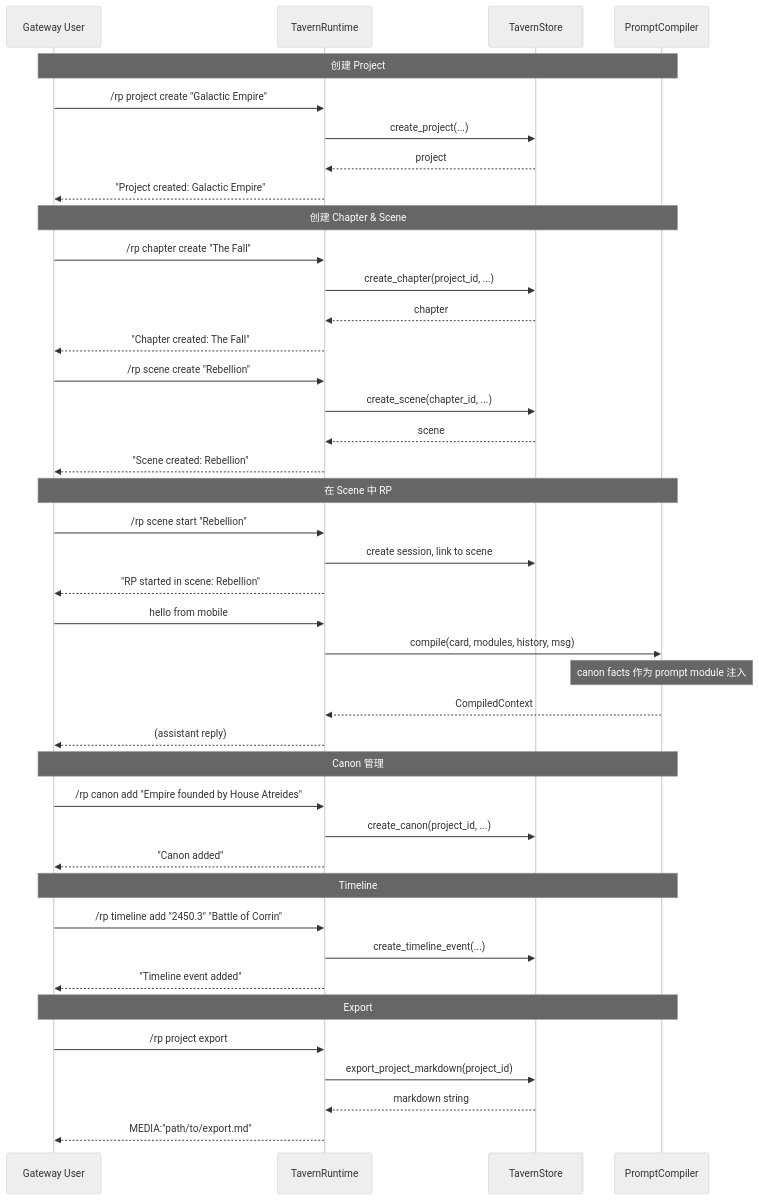
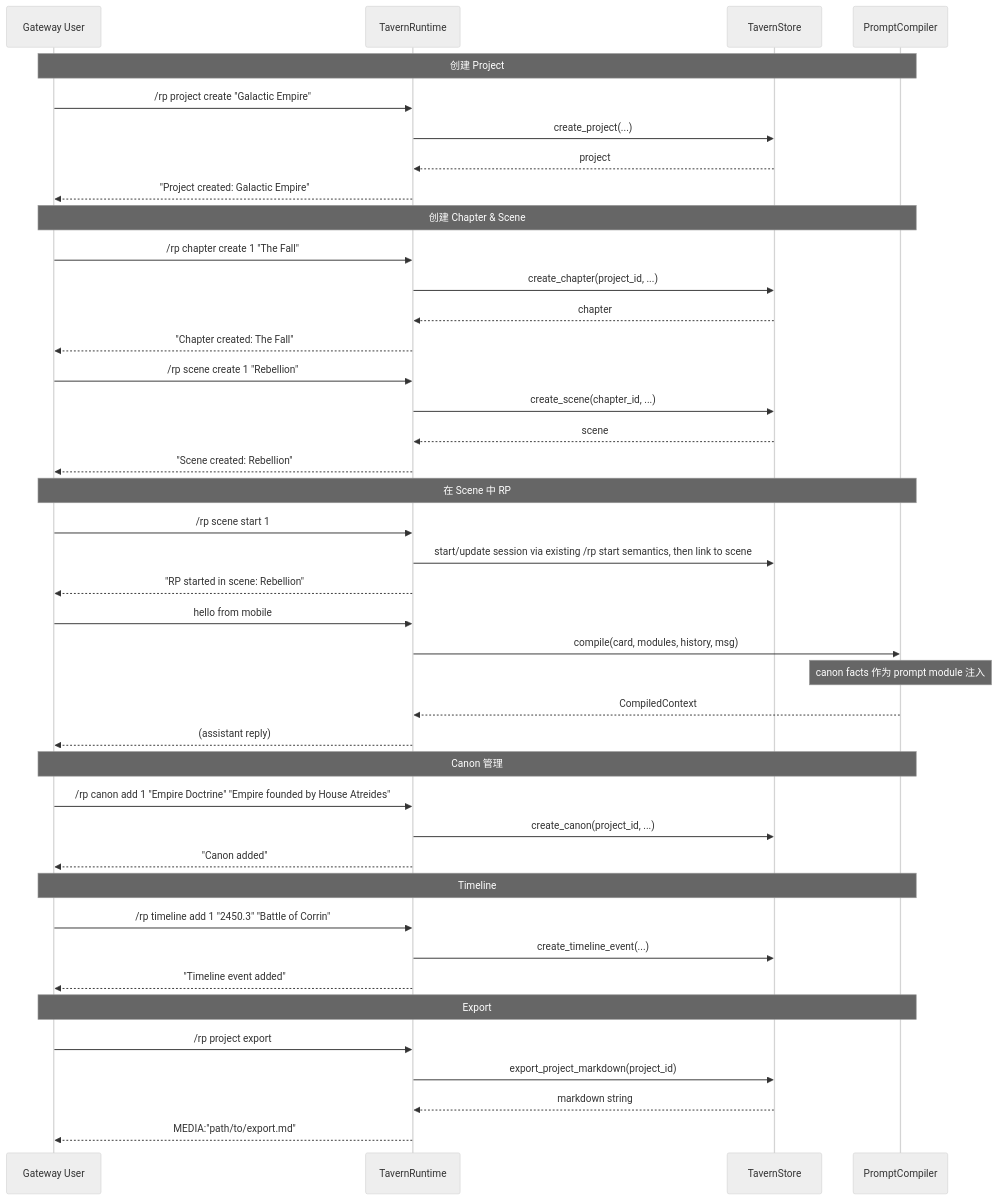
One commit to gchigoo/hermes-tavern changed the diagram in design/codestable/features/2026-06-03-hermes-tavern-phase121-novel-project-layer/design.md. Above: the diagram before and after it, drawn with Mermaid (neutral theme). The commit also changed other lines of this file and 6 other files, not shown here.

````diff
--- a/design/codestable/features/2026-06-03-hermes-tavern-phase121-novel-project-layer/design.md
+++ b/design/codestable/features/2026-06-03-hermes-tavern-phase121-novel-project-layer/design.md
@@ -190,50 +190,50 @@
 ```mermaid
 sequenceDiagram
     participant User as Gateway User
     participant Runtime as TavernRuntime
     participant Store as TavernStore
     participant Compiler as PromptCompiler
 
     Note over User,Compiler: 创建 Project
     User->>Runtime: /rp project create "Galactic Empire"
     Runtime->>Store: create_project(...)
     Store-->>Runtime: project
     Runtime-->>User: "Project created: Galactic Empire"
 
     Note over User,Compiler: 创建 Chapter & Scene
-    User->>Runtime: /rp chapter create "The Fall"
+    User->>Runtime: /rp chapter create 1 "The Fall"
     Runtime->>Store: create_chapter(project_id, ...)
     Store-->>Runtime: chapter
     Runtime-->>User: "Chapter created: The Fall"
 
-    User->>Runtime: /rp scene create "Rebellion"
+    User->>Runtime: /rp scene create 1 "Rebellion"
     Runtime->>Store: create_scene(chapter_id, ...)
     Store-->>Runtime: scene
     Runtime-->>User: "Scene created: Rebellion"
 
     Note over User,Compiler: 在 Scene 中 RP
-    User->>Runtime: /rp scene start "Rebellion"
-    Runtime->>Store: create session, link to scene
+    User->>Runtime: /rp scene start 1
+    Runtime->>Store: start/update session via existing /rp start semantics, then link to scene
     Runtime-->>User: "RP started in scene: Rebellion"
     User->>Runtime: hello from mobile
     Runtime->>Compiler: compile(card, modules, history, msg)
     Note over Compiler: canon facts 作为 prompt module 注入
     Compiler-->>Runtime: CompiledContext
     Runtime-->>User: (assistant reply)
 
     Note over User,Compiler: Canon 管理
-    User->>Runtime: /rp canon add "Empire founded by House Atreides"
+    User->>Runtime: /rp canon add 1 "Empire Doctrine" "Empire founded by House Atreides"
     Runtime->>Store: create_canon(project_id, ...)
     Runtime-->>User: "Canon added"
 
     Note over User,Compiler: Timeline
-    User->>Runtime: /rp timeline add "2450.3" "Battle of Corrin"
+    User->>Runtime: /rp timeline add 1 "2450.3" "Battle of Corrin"
     Runtime->>Store: create_timeline_event(...)
     Runtime-->>User: "Timeline event added"
 
     Note over User,Compiler: Export
     User->>Runtime: /rp project export
     Runtime->>Store: export_project_markdown(project_id)
     Store-->>Runtime: markdown string
     Runtime-->>User: MEDIA:"path/to/export.md"
 ```
````
